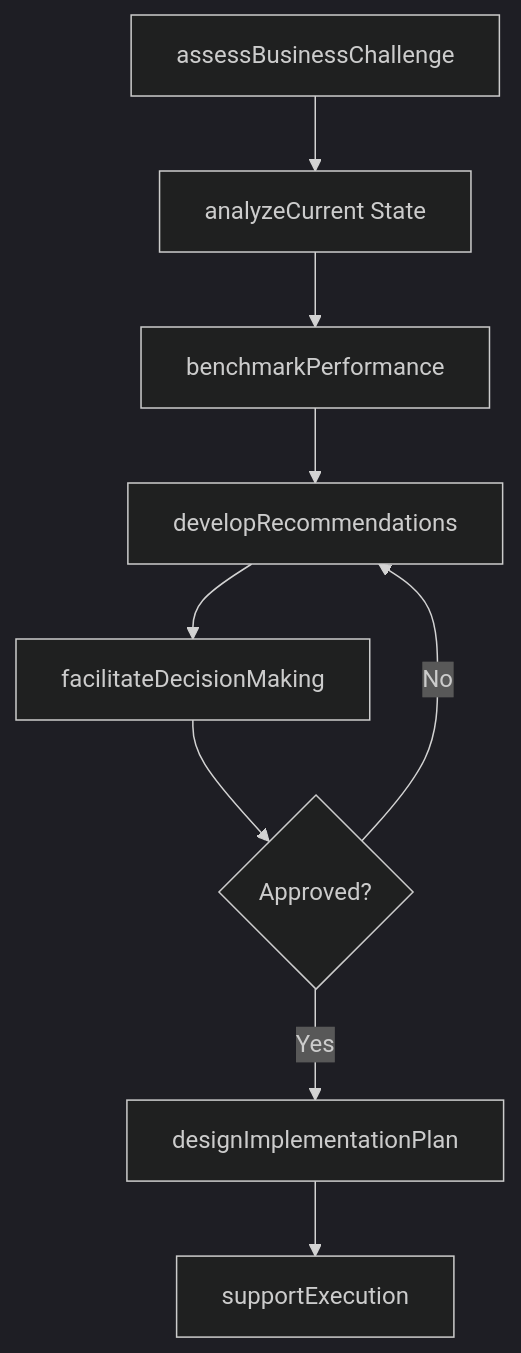
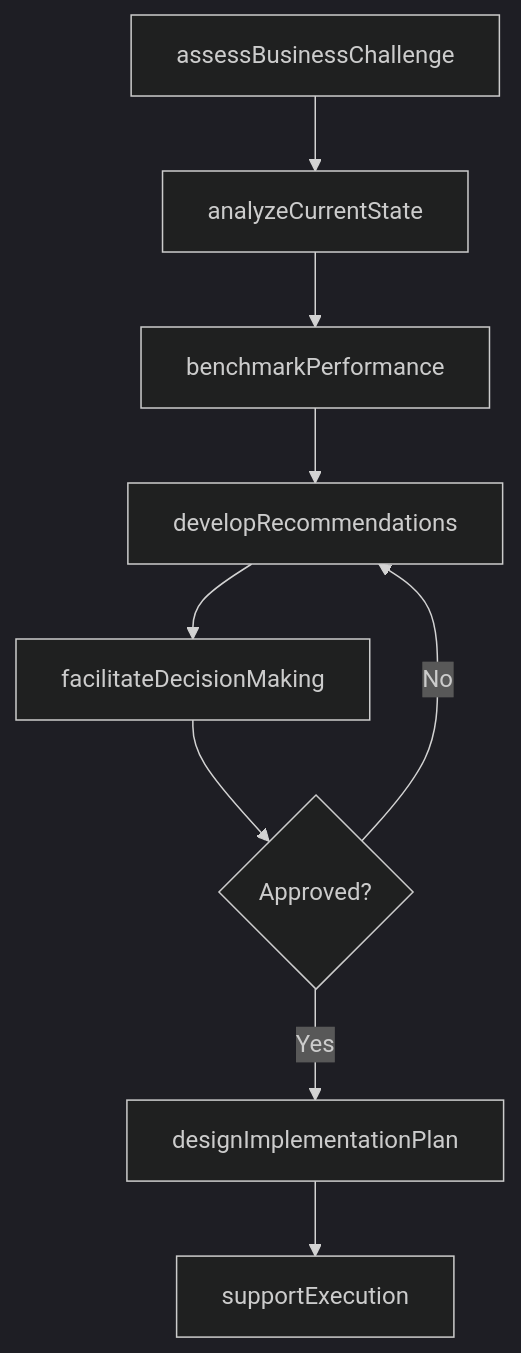
Before and after one commit to dot-org-ai/tasks.org.ai: the third of 4 diagrams in ProvidingConsultationAndAdviceToOthers/AdviseOthersOnBusinessOrOperationalMatters/AdviseOthersBusinessOperationalMatters.mdx, drawn with Mermaid (dark theme). The commit also changed other lines of this file and 266 other files, not shown here.

First line of the commit message:
feat: Add ER diagrams, state diagrams to wave 2 batch (251 DWA files)

````diff
--- a/ProvidingConsultationAndAdviceToOthers/AdviseOthersOnBusinessOrOperationalMatters/AdviseOthersBusinessOperationalMatters.mdx
+++ b/ProvidingConsultationAndAdviceToOthers/AdviseOthersOnBusinessOrOperationalMatters/AdviseOthersBusinessOperationalMatters.mdx
@@ -87,11 +115,11 @@
 ```mermaid
 graph TD
-    A[assessBusinessChallenge] --> B[analyzeCurrent State]
+    A[assessBusinessChallenge] --> B[analyzeCurrentState]
     B --> C[benchmarkPerformance]
     C --> D[developRecommendations]
     D --> E[facilitateDecisionMaking]
     E --> F{Approved?}
     F -->|Yes| G[designImplementationPlan]
     F -->|No| D
     G --> H[supportExecution]
 ```
````
